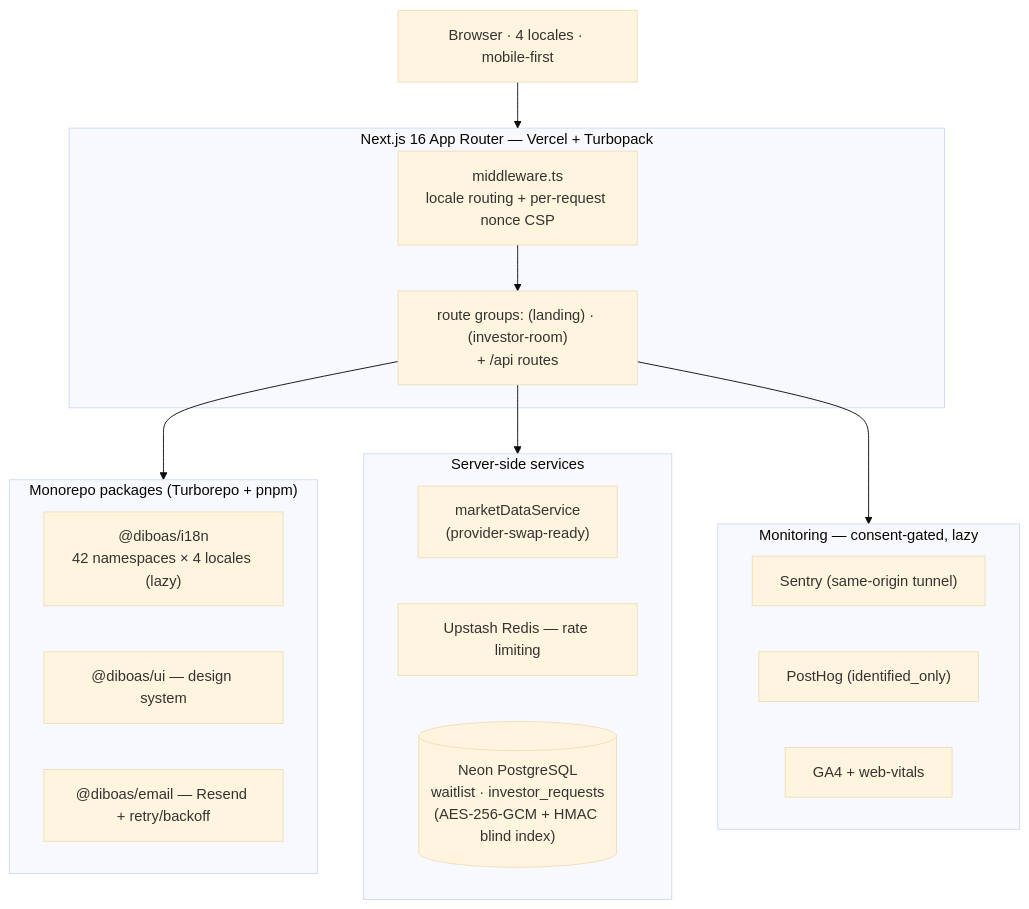
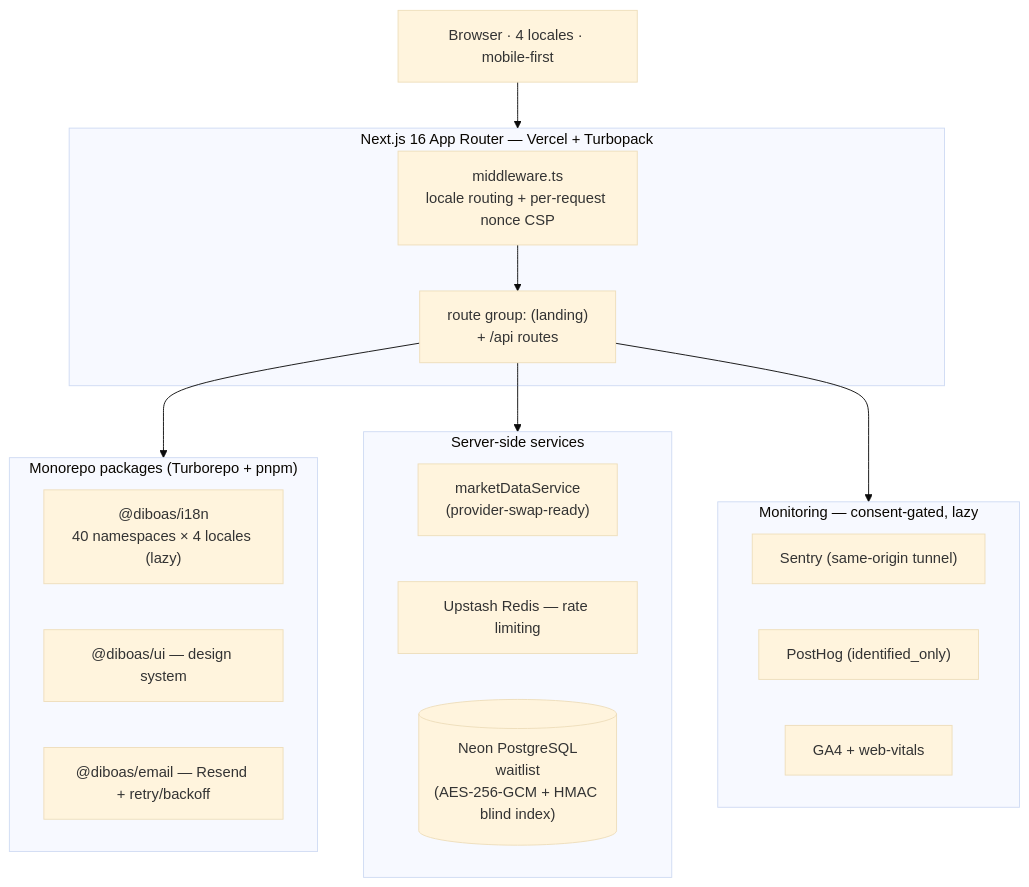
One commit to bribeirobr25/diboas-platform changed the diagram in README.md. Above: the diagram before and after it, drawn with Mermaid (base theme). The commit also changed other lines of this file and 100 other files, not shown here.

````diff
--- a/README.md
+++ b/README.md
@@ -31,32 +31,32 @@
 ```mermaid
 flowchart TD
   Client["Browser · 4 locales · mobile-first"] --> Edge
 
   subgraph Edge["Next.js 16 App Router — Vercel + Turbopack"]
     MW["middleware.ts<br/>locale routing + per-request nonce CSP"]
-    Pages["route groups: (landing) · (investor-room)<br/>+ /api routes"]
+    Pages["route group: (landing)<br/>+ /api routes"]
     MW --> Pages
   end
 
   subgraph Packages["Monorepo packages (Turborepo + pnpm)"]
-    I18N["@diboas/i18n<br/>42 namespaces × 4 locales (lazy)"]
+    I18N["@diboas/i18n<br/>40 namespaces × 4 locales (lazy)"]
     UI["@diboas/ui — design system"]
     EMAIL["@diboas/email — Resend + retry/backoff"]
   end
 
   subgraph Services["Server-side services"]
     MD["marketDataService<br/>(provider-swap-ready)"]
     RL["Upstash Redis — rate limiting"]
-    DB[("Neon PostgreSQL<br/>waitlist · investor_requests<br/>(AES-256-GCM + HMAC blind index)")]
+    DB[("Neon PostgreSQL<br/>waitlist<br/>(AES-256-GCM + HMAC blind index)")]
   end
 
   subgraph Obs["Monitoring — consent-gated, lazy"]
     SENTRY["Sentry (same-origin tunnel)"]
     PH["PostHog (identified_only)"]
     GA["GA4 + web-vitals"]
   end
 
   Pages --> Packages
   Pages --> Services
   Pages --> Obs
 ```
````
